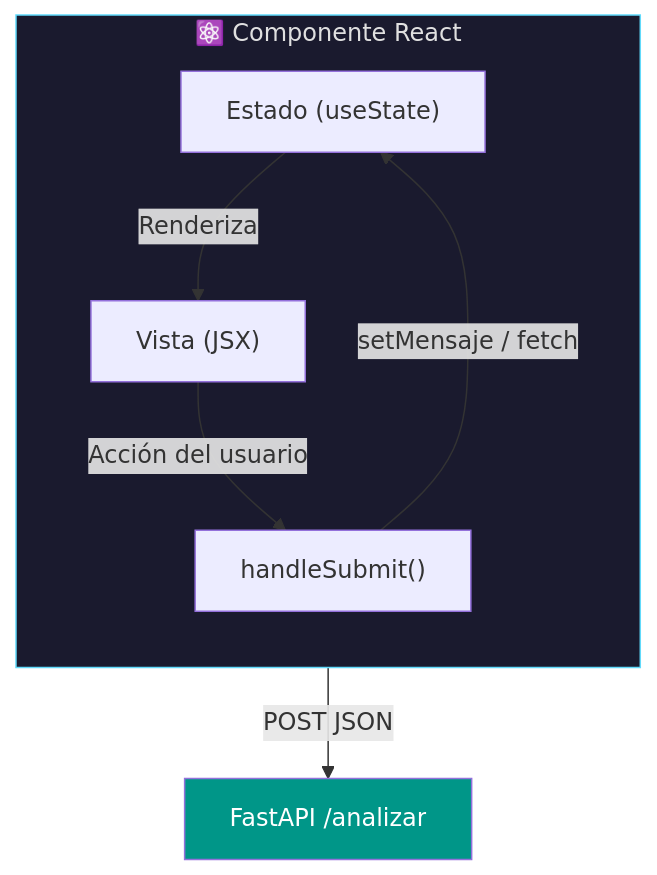
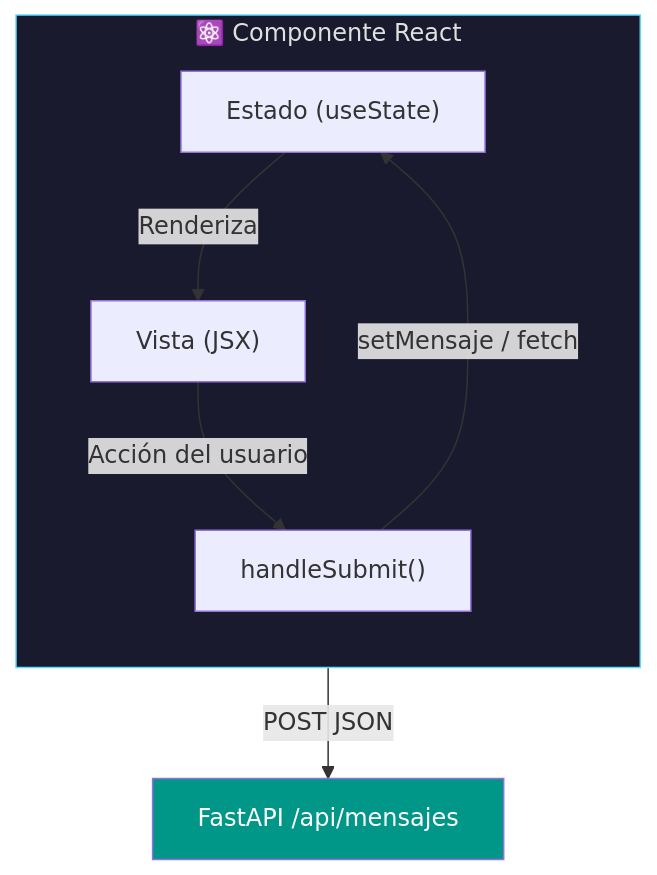
One commit to SantiagoScetti/analisis-funcional-en-vivo changed the second of 7 diagrams in frontend/.agent/arquitectura_del_sistema.md. Above: the diagram before and after it, drawn with Mermaid. The commit also changed other lines of this file and 11 other files, not shown here.

Commit message:
seo: optimize index.html with meta tags, Open Graph, Twitter Cards, and theme color

````diff
--- a/frontend/.agent/arquitectura_del_sistema.md
+++ b/frontend/.agent/arquitectura_del_sistema.md
@@ -68,13 +69,13 @@
 ```mermaid
 flowchart TD
     subgraph React ["⚛️ Componente React"]
         direction TB
         Estado["Estado (useState)"] -->|Renderiza| Vista["Vista (JSX)"]
         Vista -->|Acción del usuario| Handler["handleSubmit()"]
         Handler -->|setMensaje / fetch| Estado
     end
-    Handler -->|POST JSON| API["FastAPI /analizar"]
+    Handler -->|POST JSON| API["FastAPI /api/mensajes"]
 
     style React fill:#1a1a2e,color:#e0e0e0,stroke:#61DAFB
     style API fill:#009688,color:#fff
 ```
````
